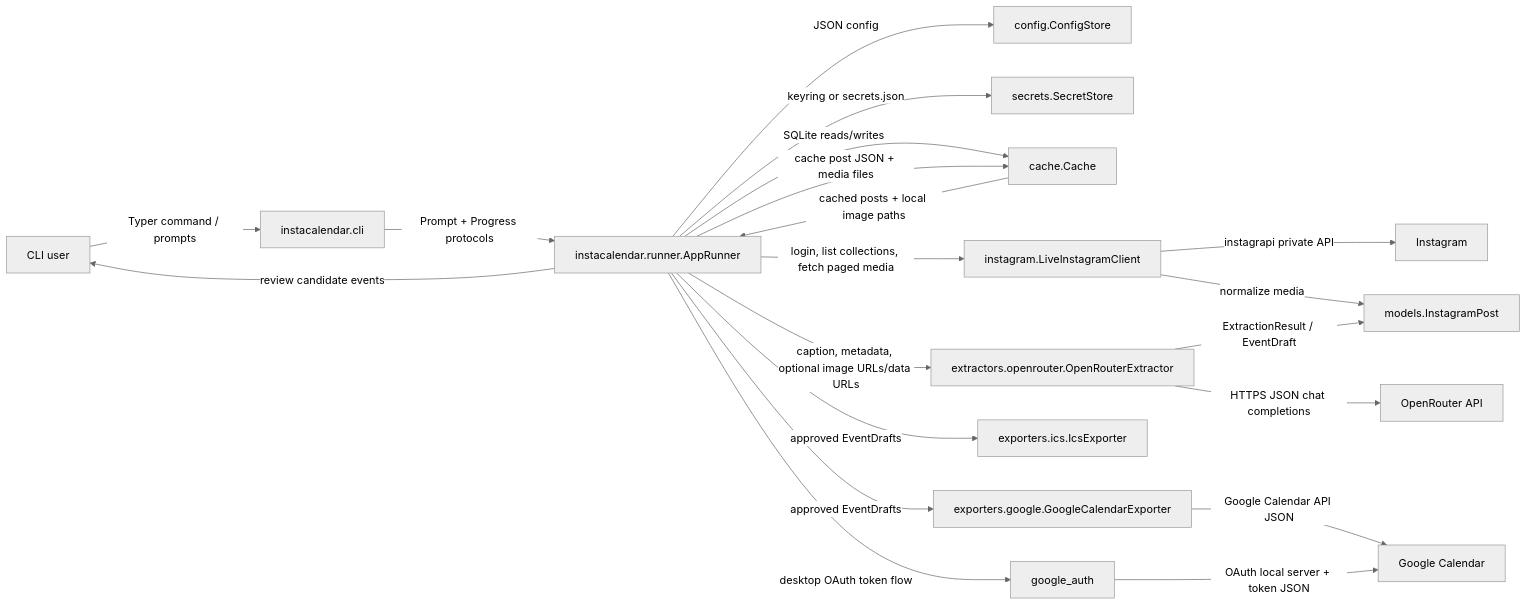
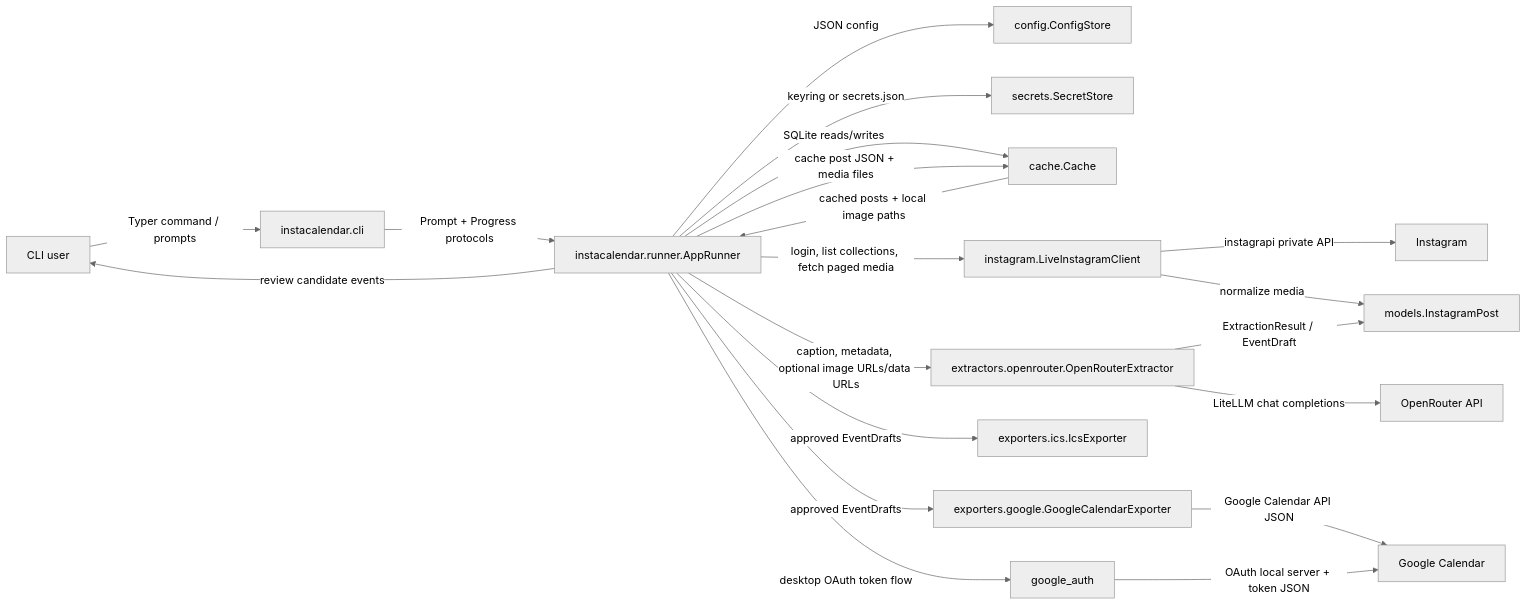
The diagram in ARCHITECTURE.md (lkoelman/instacalendar), drawn with Mermaid (neutral theme) before and after one commit. The commit also changed other lines of this file and 10 other files, not shown here.

Commit message:
Use LiteLLM as model client and add cost reporting

````diff
--- a/ARCHITECTURE.md
+++ b/ARCHITECTURE.md
@@ -29,27 +29,27 @@
 ```mermaid
 graph LR
     User["CLI user"] -->|"Typer command / prompts"| CLI["instacalendar.cli"]
     CLI -->|"Prompt + Progress protocols"| Runner["instacalendar.runner.AppRunner"]
 
     Runner -->|"JSON config"| Config["config.ConfigStore"]
     Runner -->|"keyring or secrets.json"| Secrets["secrets.SecretStore"]
     Runner -->|"SQLite reads/writes"| Cache["cache.Cache"]
 
     Runner -->|"login, list collections, fetch paged media"| Instagram["instagram.LiveInstagramClient"]
     Instagram -->|"instagrapi private API"| InstagramAPI["Instagram"]
     Instagram -->|"normalize media"| Models["models.InstagramPost"]
 
     Runner -->|"cache post JSON + media files"| Cache
     Cache -->|"cached posts + local image paths"| Runner
 
     Runner -->|"caption, metadata, optional image URLs/data URLs"| OpenRouter["extractors.openrouter.OpenRouterExtractor"]
-    OpenRouter -->|"HTTPS JSON chat completions"| OpenRouterAPI["OpenRouter API"]
+    OpenRouter -->|"LiteLLM chat completions"| OpenRouterAPI["OpenRouter API"]
     OpenRouter -->|"ExtractionResult / EventDraft"| Models
 
     Runner -->|"review candidate events"| User
     Runner -->|"approved EventDrafts"| ICS["exporters.ics.IcsExporter"]
     Runner -->|"approved EventDrafts"| GoogleExporter["exporters.google.GoogleCalendarExporter"]
     GoogleExporter -->|"Google Calendar API JSON"| GoogleAPI["Google Calendar"]
     Runner -->|"desktop OAuth token flow"| GoogleAuth["google_auth"]
     GoogleAuth -->|"OAuth local server + token JSON"| GoogleAPI
 ```
````
